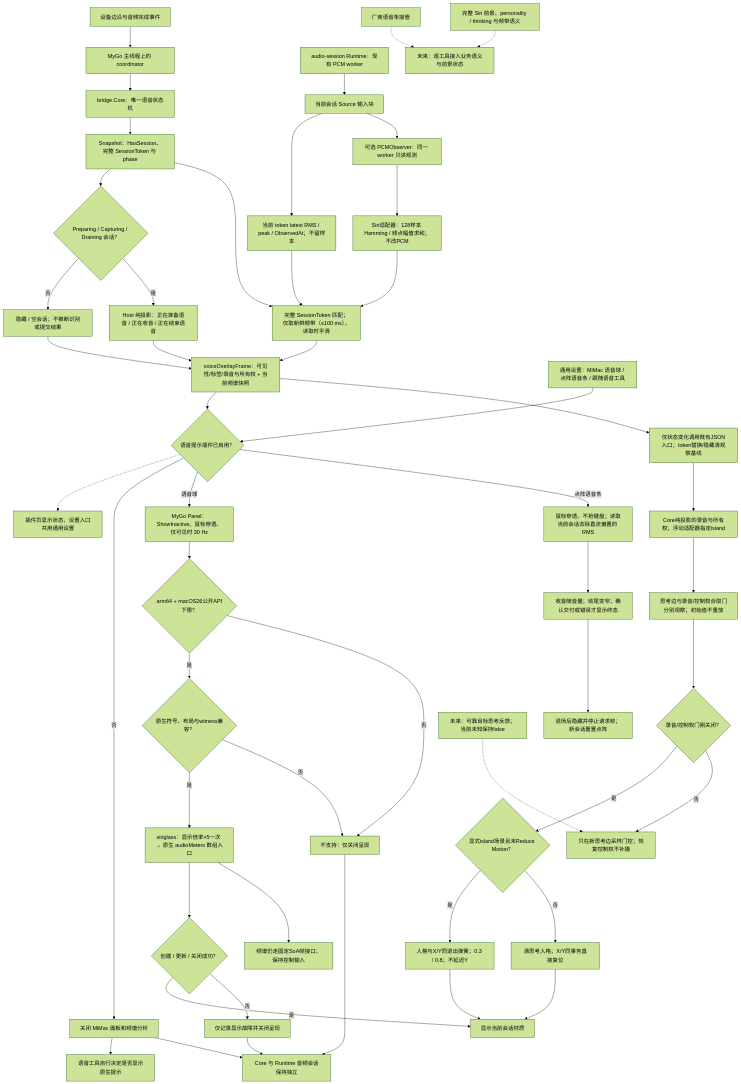
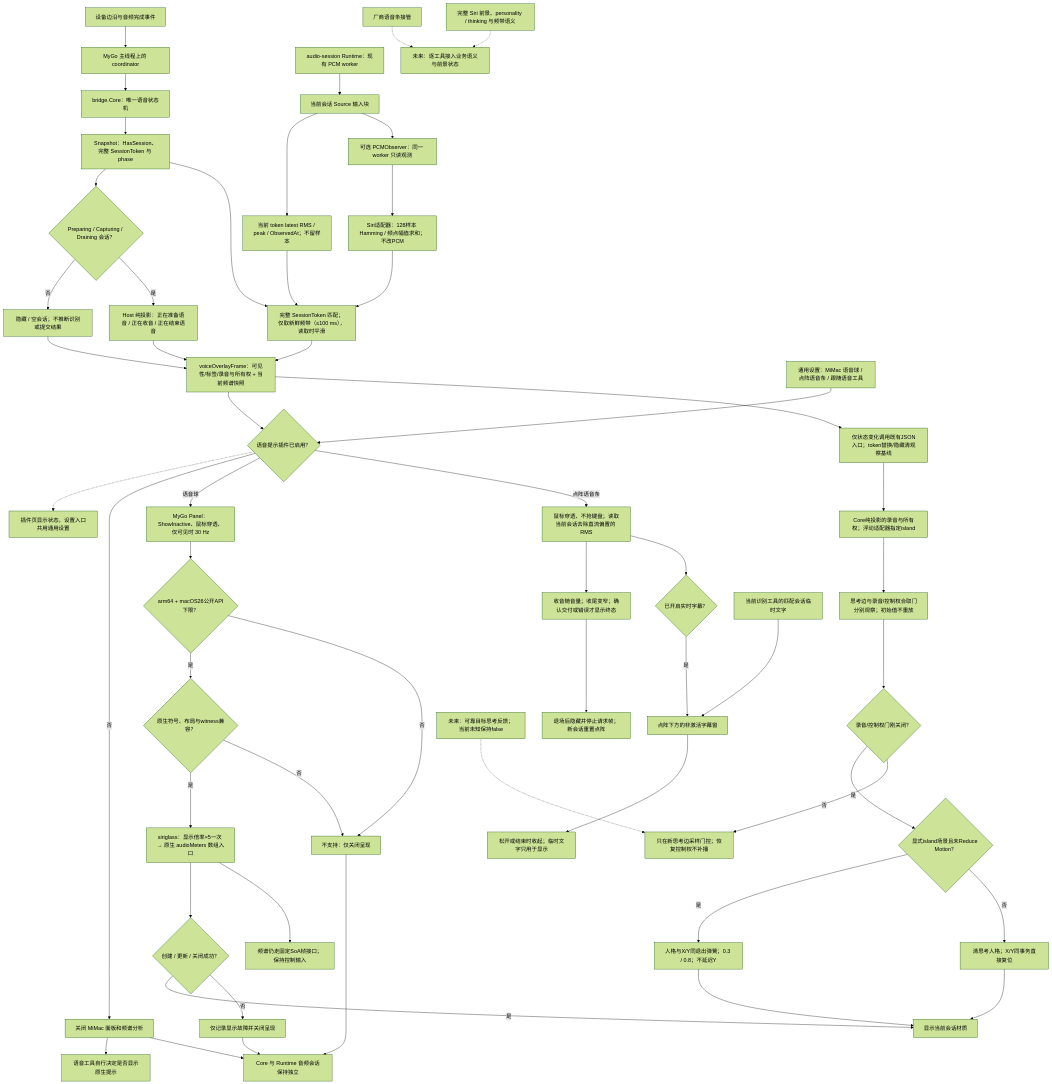
The diagram in tools/workbench/diagrams/voice-presentation-boundary.mmd (daftAI2026/MiMac), drawn with Mermaid (forest theme) before and after one commit. The commit also changed 38 other files, not shown here.

```diff
--- a/tools/workbench/diagrams/voice-presentation-boundary.mmd
+++ b/tools/workbench/diagrams/voice-presentation-boundary.mmd
@@ -1,55 +1,60 @@
 flowchart TD
     input["设备边沿与音频完成事件"] --> owner["MyGo 主线程上的 coordinator"]
     owner --> core["bridge.Core：唯一语音状态机"]
     core --> snapshot["Snapshot：HasSession、完整 SessionToken 与 phase"]
     snapshot --> active{"Preparing / Capturing / Draining 会话？"}
     active -->|否| idle["隐藏 / 空会话；不推断识别或提交结果"]
     active -->|是| phase["Host 纯投影：正在准备语音 / 正在收音 / 正在结束语音"]
 
     runtime["audio-session Runtime：现有 PCM worker"] --> source["当前会话 Source 输入块"]
     source --> meter["当前 token latest RMS / peak / ObservedAt；不留样本"]
     source --> observer["可选 PCMObserver：同一 worker 只读观测"]
     observer --> spectrum["Siri适配器：128样本 Hamming / 频点幅值求和；不改PCM"]
     snapshot --> match["完整 SessionToken 匹配；仅取新鲜频带（≤100 ms），读取时平滑"]
     meter --> match
     spectrum --> match
     phase --> frame["voiceOverlayFrame：可见性/标签/录音与所有权 + 当前频谱快照"]
     match --> frame
     idle --> frame
 
     preference["通用设置：MiMac 语音球 / 点阵语音条 / 跟随语音工具"] --> enabled{"语音提示插件已启用？"}
     enabled -.-> status["插件页显示状态，设置入口共用通用设置"]
     frame --> enabled
     enabled -->|否| hidden["关闭 MiMac 面板和频谱分析"]
     hidden --> toolDisplay["语音工具自行决定是否显示原生提示"]
     enabled -->|语音球| panel["MyGo Panel：ShowInactive、鼠标穿透、仅可见时 30 Hz"]
     enabled -->|点阵语音条| dots["鼠标穿透、不抢键盘；读取当前会话去除直流偏置的 RMS"]
     dots --> motion["收音随音量；收尾变窄；确认交付或错误才显示终态"]
     motion --> rest["退场后隐藏并停止请求帧；新会话重置点阵"]
     panel --> gate{"arm64 + macOS26公开API下限？"}
     gate -->|是| capability{"原生符号、布局与witness兼容？"}
     capability -->|是| renderer["siriglass：显示倍率×5一次 → 原生 audioMeters 数组入口"]
     capability -->|否| unsupported
     gate -->|否| unsupported["不支持：仅关闭呈现"]
     renderer --> operation{"创建 / 更新 / 关闭成功？"}
     operation -->|是| material["显示当前会话材质"]
     operation -->|否| failure["仅记录显示故障并关闭呈现"]
     hidden --> audio["Core 与 Runtime 音频会话保持独立"]
     unsupported --> audio
     failure --> audio
 
     vendor["厂商语音条接管"] -.-> future["未来：逐工具接入业务语义与前景状态"]
     siri["完整 Siri 前景、personality / thinking 与频带语义"] -.-> future
 
     explicit["Core纯投影的录音与所有权；浮动适配器指定island"] --> nativeEdges["思考边与录音/控制权合取门分别观察；初始值不重放"]
     frame --> controls["仅状态变化调用既有JSON入口；token替换/隐藏清观察基线"]
     controls --> explicit
     renderer --> arrays["频谱仍走固定SoA帧接口；保持控制输入"]
     nativeEdges --> exitGate{"录音/控制权门刚关闭？"}
     exitGate -->|是| exitScene{"显式island场景且未Reduce Motion？"}
     exitScene -->|是| resetAnimated["人格与X/Y同退出弹簧；0.3 / 0.8；不延迟Y"]
     exitScene -->|否| reset["清思考人格；X/Y同事务直接复位"]
     exitGate -->|否| thinkEdge["只在新思考边采样门控；恢复控制权不补播"]
     reset --> material
     resetAnimated --> material
     target["未来：可靠目标思考反馈；当前未知保持false"] -.-> thinkEdge
+
+    dots --> captionPref{"已开启实时字幕？"}
+    captionPref -->|是| caption["点阵下方的非激活字幕窗"]
+    incoming["当前识别工具的匹配会话临时文字"] --> caption
+    caption --> releaseCaption["松开或结束时收起；临时文字只用于显示"]
```
